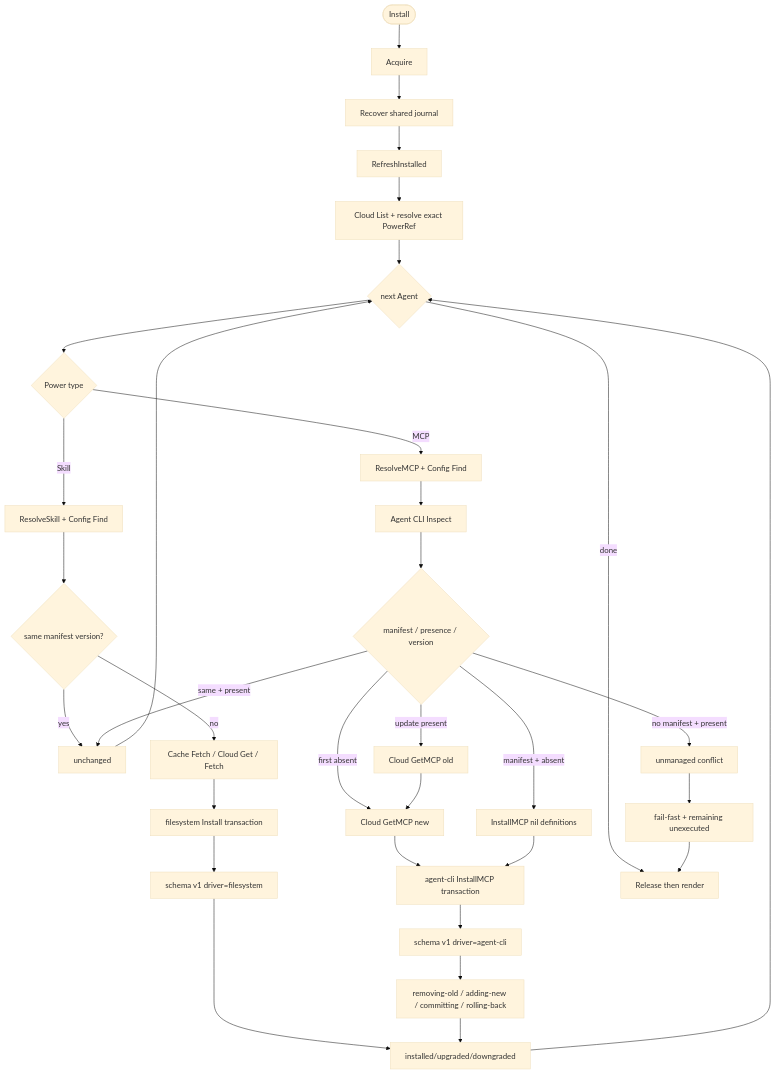
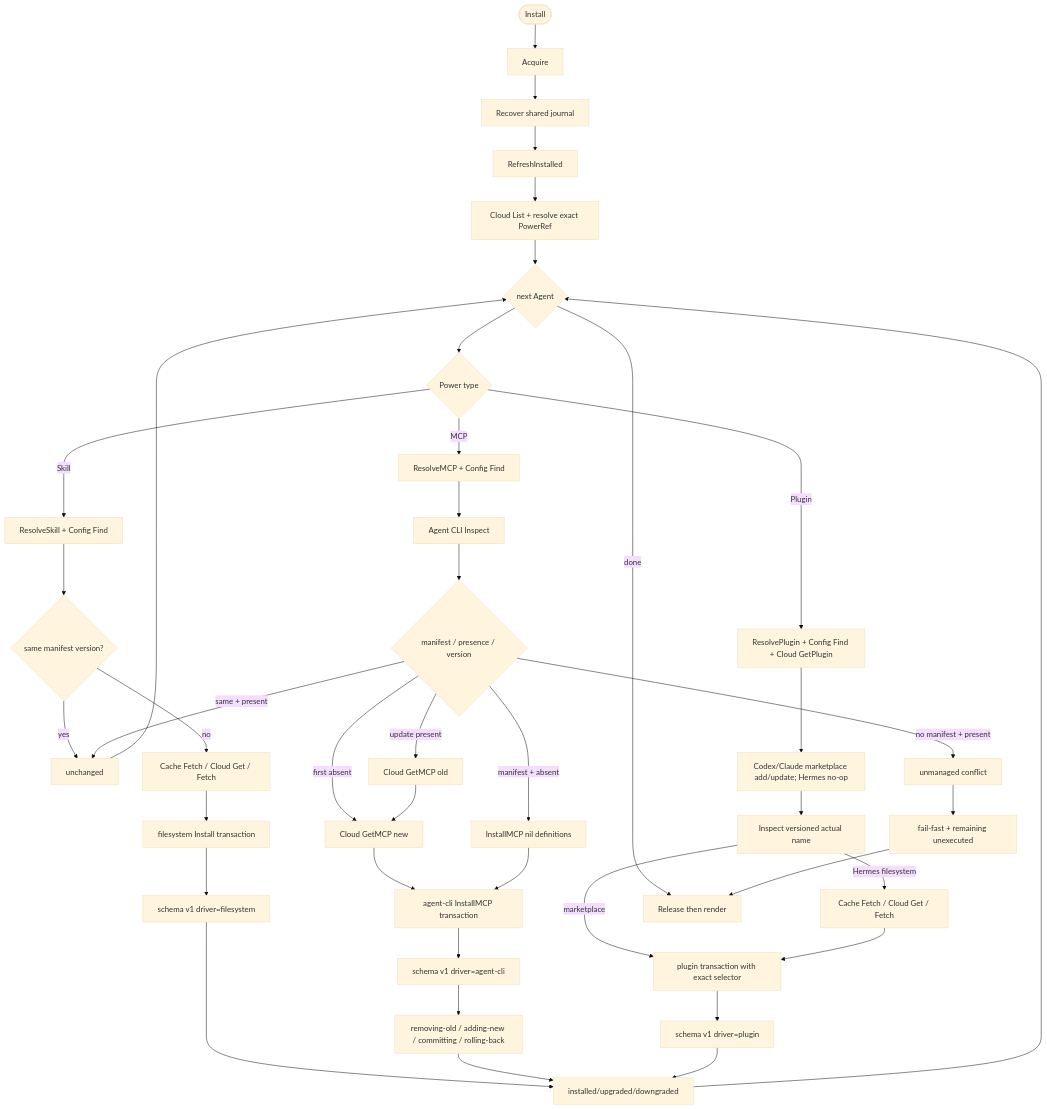
One commit to spacemit-com/agent-power-manager changed the diagram in ivory-tower/c4/components/apm-cli-lifecycle-diagrams/install.mmd. Above: the diagram before and after it, drawn with Mermaid (base theme). The commit also changed 15 other files, not shown here.

Commit message:
docs(plugin): record lifecycle architecture

```diff
--- a/ivory-tower/c4/components/apm-cli-lifecycle-diagrams/install.mmd
+++ b/ivory-tower/c4/components/apm-cli-lifecycle-diagrams/install.mmd
@@ -1,34 +1,42 @@
 flowchart TD
     Start([Install]) --> Lock[Acquire]
     Lock --> Recover[Recover shared journal]
     Recover --> Refresh[RefreshInstalled]
     Refresh --> List[Cloud List + resolve exact PowerRef]
     List --> Agent{next Agent}
     Agent --> Type{Power type}
     Type -->|Skill| SkillResolve[ResolveSkill + Config Find]
     SkillResolve --> SkillSame{same manifest version?}
     SkillSame -->|yes| Unchanged[unchanged]
     SkillSame -->|no| Cache[Cache Fetch / Cloud Get / Fetch]
     Cache --> FSTx[filesystem Install transaction]
     FSTx --> FSJournal[schema v1 driver=filesystem]
 
     Type -->|MCP| MCPResolve[ResolveMCP + Config Find]
     MCPResolve --> MCPInspect[Agent CLI Inspect]
     MCPInspect --> MCPState{manifest / presence / version}
     MCPState -->|same + present| Unchanged
     MCPState -->|no manifest + present| Fail[unmanaged conflict]
     MCPState -->|manifest + absent| MCPStale[InstallMCP nil definitions]
     MCPState -->|first absent| NewDef[Cloud GetMCP new]
     MCPState -->|update present| OldDef[Cloud GetMCP old] --> NewDef
     NewDef --> MCPTx[agent-cli InstallMCP transaction]
     MCPStale --> MCPTx
     MCPTx --> MCPJournal[schema v1 driver=agent-cli]
     MCPJournal --> Phases[removing-old / adding-new / committing / rolling-back]
 
+    Type -->|Plugin| PluginResolve[ResolvePlugin + Config Find + Cloud GetPlugin]
+    PluginResolve --> Prepare[Codex/Claude marketplace add/update; Hermes no-op]
+    Prepare --> PluginInspect[Inspect versioned actual name]
+    PluginInspect -->|marketplace| PluginTx[plugin transaction with exact selector]
+    PluginInspect -->|Hermes filesystem| PluginCache[Cache Fetch / Cloud Get / Fetch] --> PluginTx
+    PluginTx --> PluginJournal[schema v1 driver=plugin]
+
     FSJournal --> Outcome[installed/upgraded/downgraded]
     Phases --> Outcome
+    PluginJournal --> Outcome
     Unchanged --> Agent
     Outcome --> Agent
     Fail --> Batch[fail-fast + remaining unexecuted]
     Agent -->|done| Release[Release then render]
     Batch --> Release
```
